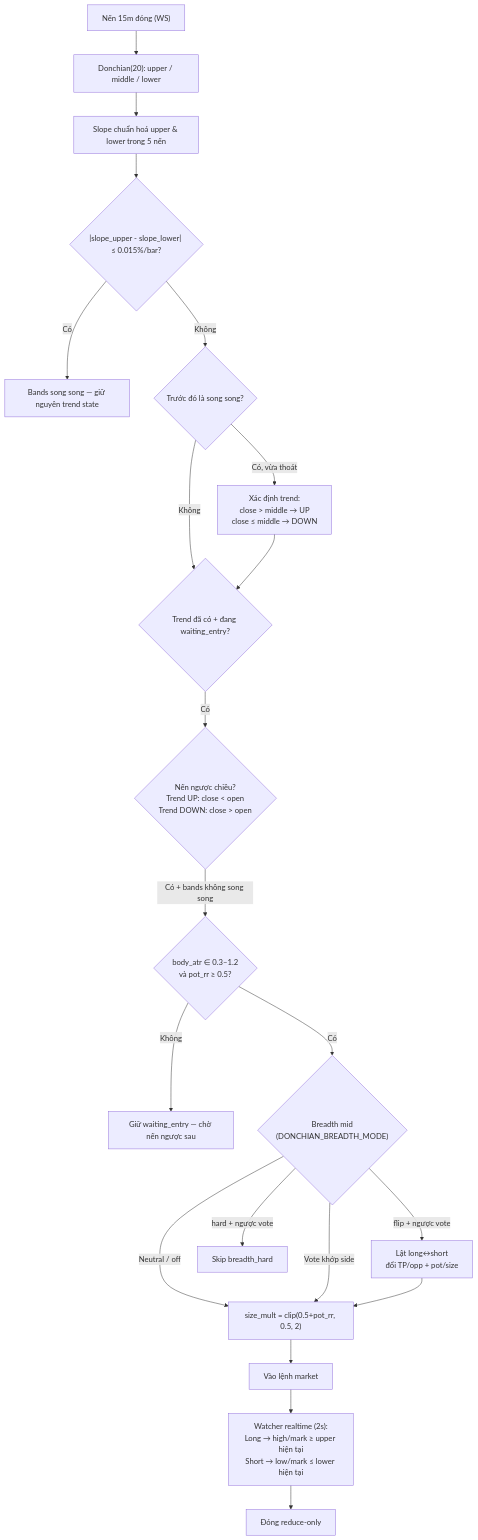
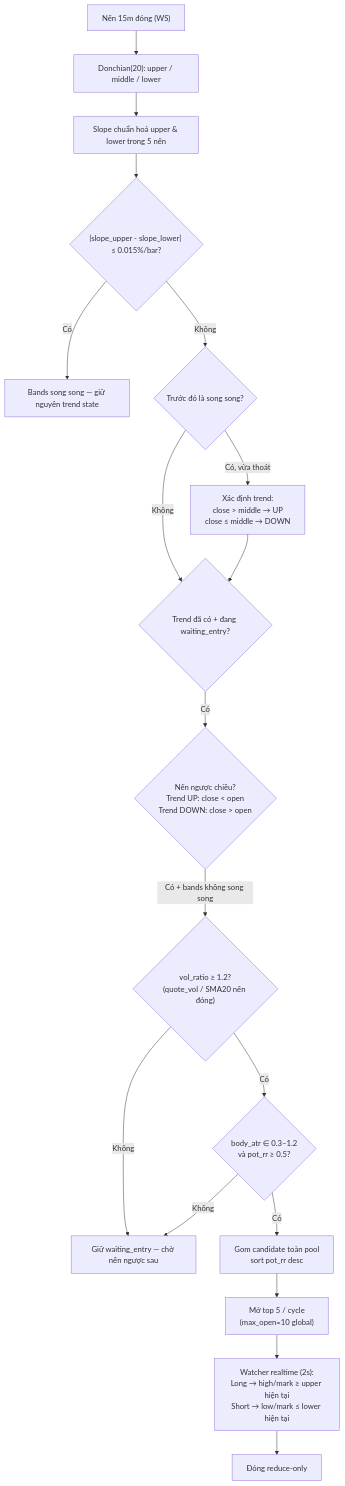
The second of 3 diagrams in docs/BOT_LOGIC.md (vnbees/ema-follow), drawn with Mermaid before and after one commit. The commit also changed other lines of this file and 69 other files, not shown here.

Commit message:
new version apply vol_ratio

````diff
--- a/docs/BOT_LOGIC.md
+++ b/docs/BOT_LOGIC.md
@@ -48,23 +48,20 @@
 ```mermaid
 flowchart TD
     kline["Nến 15m đóng (WS)"] --> dc["Donchian(20): upper / middle / lower"]
     dc --> slope["Slope chuẩn hoá upper & lower trong 5 nến"]
     slope --> parallel{"|slope_upper - slope_lower| ≤ 0.015%/bar?"}
     parallel -->|Có| wait["Bands song song — giữ nguyên trend state"]
     parallel -->|Không| exit_check{"Trước đó là song song?"}
     exit_check -->|Có, vừa thoát| trend["Xác định trend:\nclose > middle → UP\nclose ≤ middle → DOWN"]
     exit_check -->|Không| entry_check
     trend --> entry_check{"Trend đã có + đang waiting_entry?"}
     entry_check -->|Có| counter{"Nến ngược chiều?\nTrend UP: close < open\nTrend DOWN: close > open"}
-    counter -->|Có + bands không song song| filt{"body_atr ∈ 0.3–1.2\nvà pot_rr ≥ 0.5?"}
+    counter -->|Có + bands không song song| vol{"vol_ratio ≥ 1.2?\n(quote_vol / SMA20 nến đóng)"}
+    vol -->|Không| keepWait
+    vol -->|Có| filt{"body_atr ∈ 0.3–1.2\nvà pot_rr ≥ 0.5?"}
     filt -->|Không| keepWait["Giữ waiting_entry — chờ nến ngược sau"]
-    filt -->|Có| breadth{"Breadth mid\n(DONCHIAN_BREADTH_MODE)"}
-    breadth -->|Neutral / off| size["size_mult = clip(0.5+pot_rr, 0.5, 2)"]
-    breadth -->|Vote khớp side| size
-    breadth -->|flip + ngược vote| flip["Lật long↔short\nđổi TP/opp + pot/size"]
-    breadth -->|hard + ngược vote| skipB["Skip breadth_hard"]
-    flip --> size
-    size --> open["Vào lệnh market"]
-    open --> tp["Watcher realtime (2s):\nLong → high/mark ≥ upper hiện tại\nShort → low/mark ≤ lower hiện tại"]
+    filt -->|Có| rank["Gom candidate toàn pool\nsort pot_rr desc"]
+    rank --> topk["Mở top 5 / cycle\n(max_open=10 global)"]
+    topk --> tp["Watcher realtime (2s):\nLong → high/mark ≥ upper hiện tại\nShort → low/mark ≤ lower hiện tại"]
     tp --> close["Đóng reduce-only"]
 ```
````
